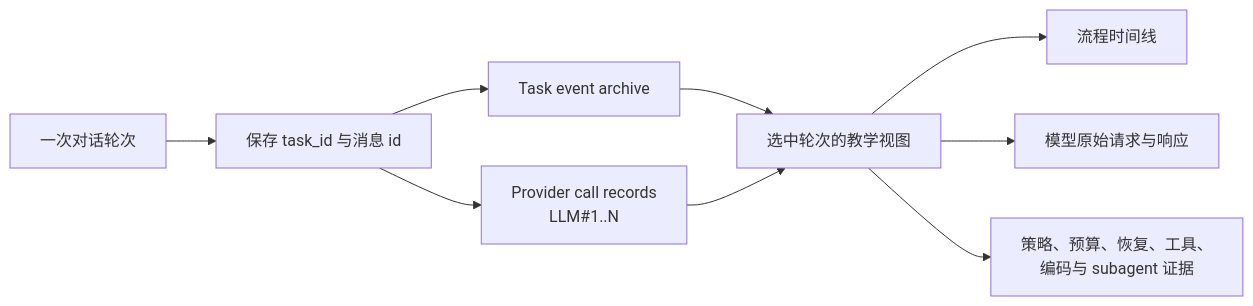
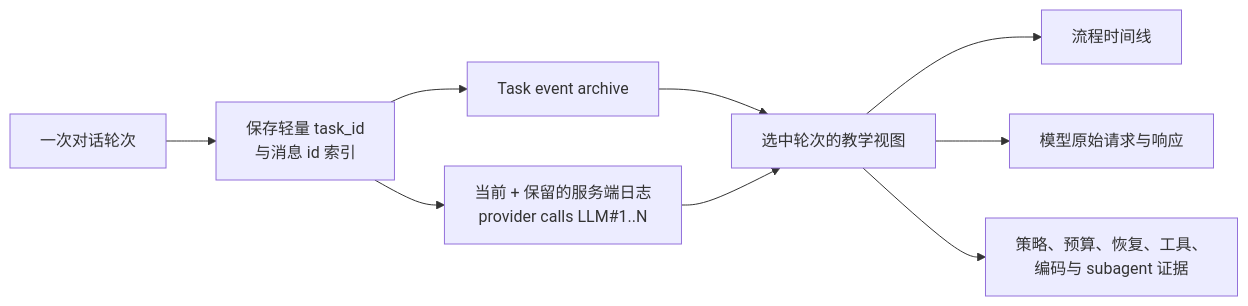
The third of 3 diagrams in docs/architecture/04-coding-observability.zh-CN.md (MatrixCoreX/RustClaw), drawn with Mermaid before and after one commit. The commit also changed other lines of this file and 67 other files, not shown here.

````diff
--- a/docs/architecture/04-coding-observability.zh-CN.md
+++ b/docs/architecture/04-coding-observability.zh-CN.md
@@ -60,11 +60,11 @@
 ```mermaid
 flowchart LR
-    A[一次对话轮次] --> B[保存 task_id 与消息 id]
+    A[一次对话轮次] --> B[保存轻量 task_id<br/>与消息 id 索引]
     B --> C[Task event archive]
-    B --> D[Provider call records<br/>LLM#1..N]
+    B --> D[当前 + 保留的服务端日志<br/>provider calls LLM#1..N]
     C --> E[选中轮次的教学视图]
     D --> E
     E --> F[流程时间线]
     E --> G[模型原始请求与响应]
     E --> H[策略、预算、恢复、工具、<br/>编码与 subagent 证据]
 ```
````
